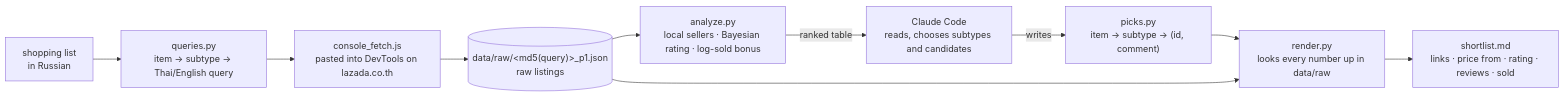
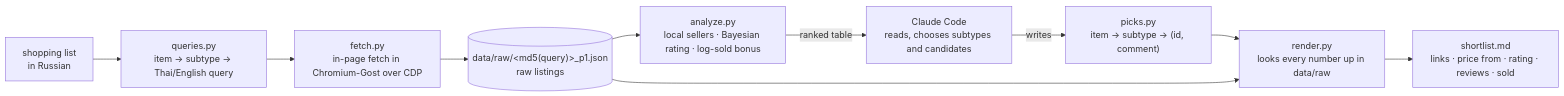
The diagram in README.md (bayanovea/ai-lazada-scout), drawn with Mermaid before and after one commit. The commit also changed other lines of this file and 28 other files, not shown here.

First line of the commit message:
Fetch through Chromium-Gost over CDP instead of a console paste

````diff
--- a/README.md
+++ b/README.md
@@ -15,12 +15,12 @@
 ```mermaid
 flowchart LR
     L["shopping list<br/>in Russian"] --> Q["queries.py<br/>item → subtype → Thai/English query"]
-    Q --> C["console_fetch.js<br/>pasted into DevTools on lazada.co.th"]
+    Q --> C["fetch.py<br/>in-page fetch in Chromium-Gost over CDP"]
     C --> R[("data/raw/&lt;md5(query)&gt;_p1.json<br/>raw listings")]
     R --> A["analyze.py<br/>local sellers · Bayesian rating · log-sold bonus"]
     A -->|ranked table| K["Claude Code<br/>reads, chooses subtypes and candidates"]
     K -->|writes| P["picks.py<br/>item → subtype → (id, comment)"]
     P --> M["render.py<br/>looks every number up in data/raw"]
     R --> M
     M --> S["shortlist.md<br/>links · price from · rating · reviews · sold"]
 ```
````
